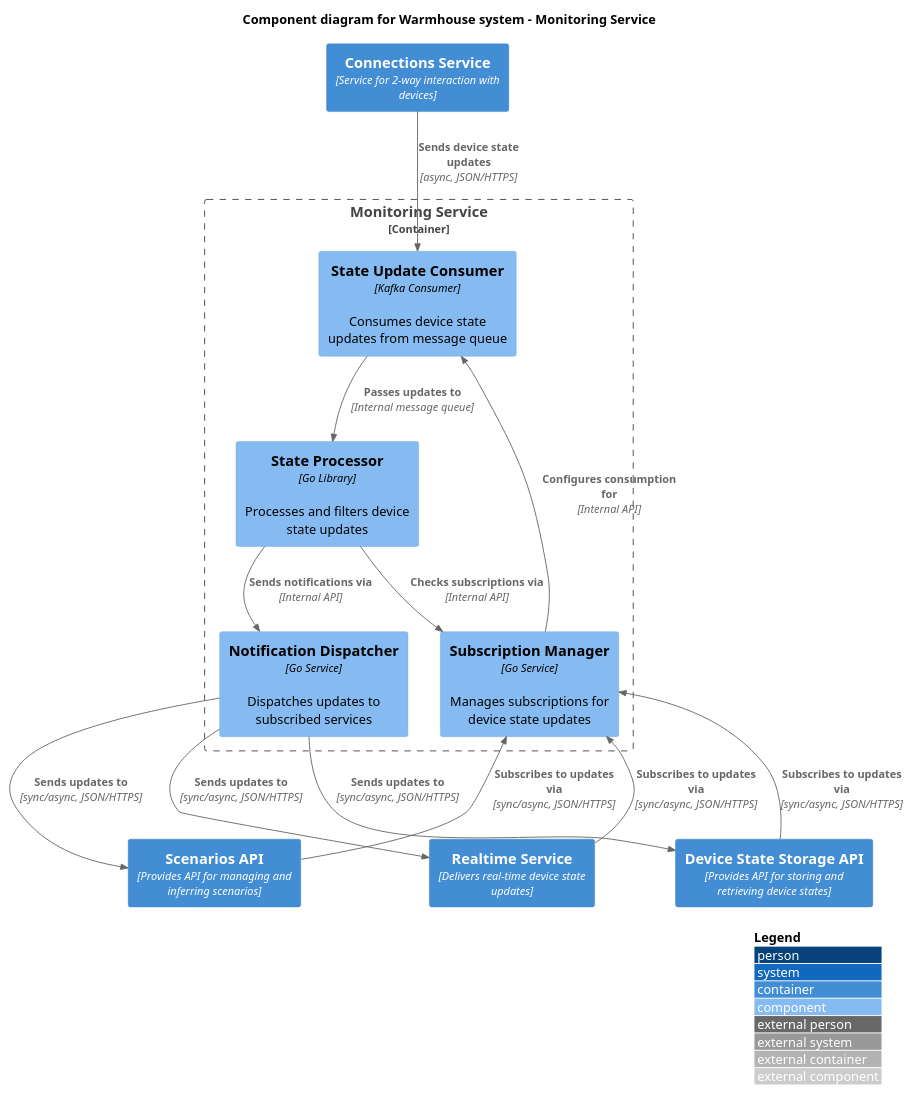
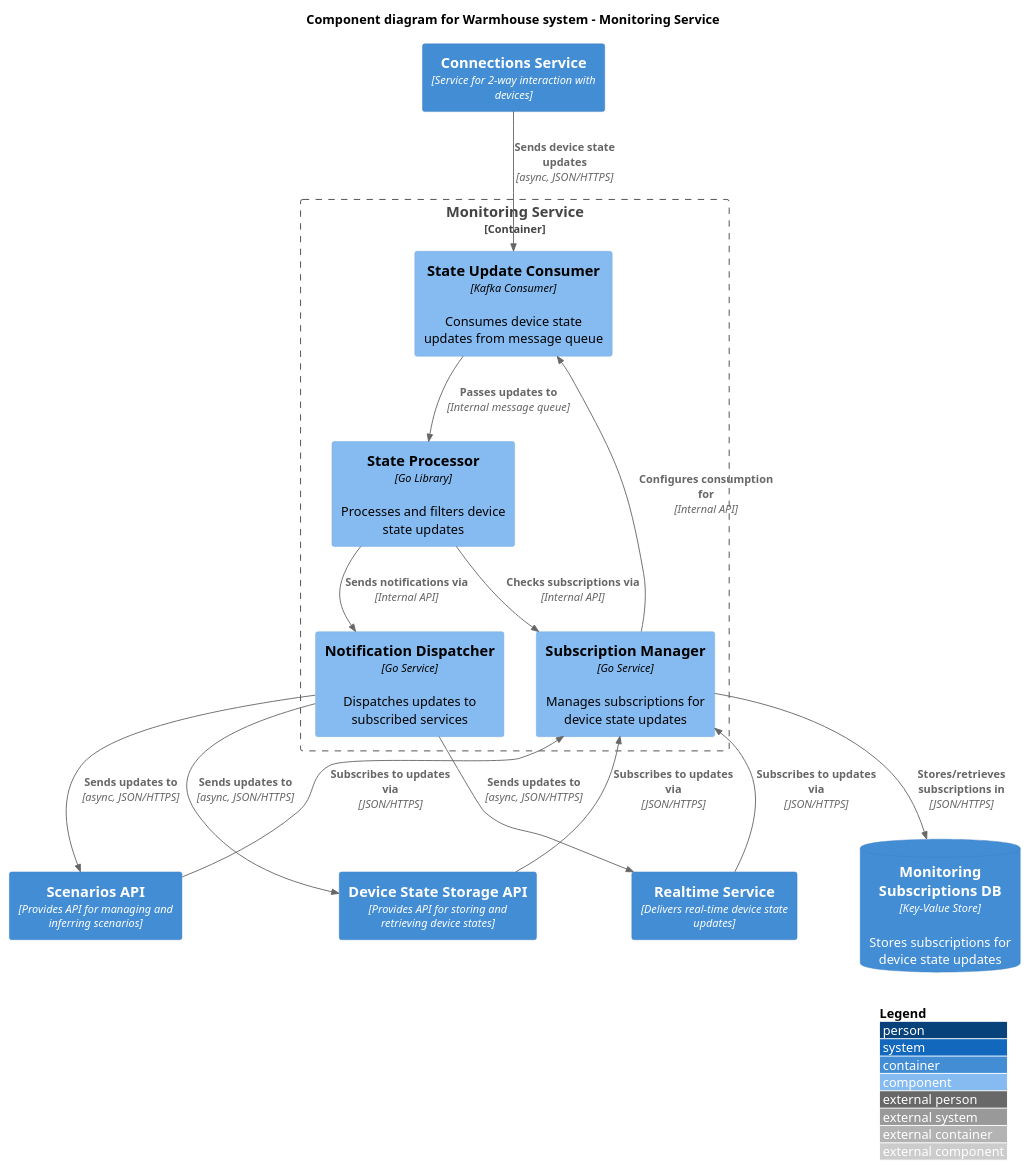
One commit to regu1yar/p1-architecture-warmhouse changed the diagram in diagrams/component/monitoring_service.puml. Above: the diagram before and after it, drawn with PlantUML. The commit also changed 7 other files, not shown here.

Commit message:
Refine component diagrams

```diff
--- a/diagrams/component/monitoring_service.puml
+++ b/diagrams/component/monitoring_service.puml
@@ -1,35 +1,37 @@
 @startuml
 ' !include https://raw.githubusercontent.com/plantuml-stdlib/C4-PlantUML/master/C4_Component.puml
 ' uncomment the following line and comment the first to use locally
 !include ./C4_Component.puml
 
 LAYOUT_WITH_LEGEND()
 
 title Component diagram for Warmhouse system - Monitoring Service
 
 Container(connections_service, "Connections Service", "Service for 2-way interaction with devices")
 Container(scenarios_api, "Scenarios API", "Provides API for managing and inferring scenarios")
 Container(device_state_storage_api, "Device State Storage API", "Provides API for storing and retrieving device states")
 Container(realtime_service, "Realtime Service", "Delivers real-time device state updates")
+ContainerDb(monitoring_subscriptions_db, "Monitoring Subscriptions DB", "Key-Value Store", "Stores subscriptions for device state updates")
 
 Container_Boundary(monitoring_service, "Monitoring Service") {
     Component(state_update_consumer, "State Update Consumer", "Kafka Consumer", "Consumes device state updates from message queue")
     Component(subscription_manager, "Subscription Manager", "Go Service", "Manages subscriptions for device state updates")
     Component(notification_dispatcher, "Notification Dispatcher", "Go Service", "Dispatches updates to subscribed services")
     Component(state_processor, "State Processor", "Go Library", "Processes and filters device state updates")
 
     Rel(state_update_consumer, state_processor, "Passes updates to", "Internal message queue")
     Rel(state_processor, subscription_manager, "Checks subscriptions via", "Internal API")
     Rel(state_processor, notification_dispatcher, "Sends notifications via", "Internal API")
-    Rel(notification_dispatcher, scenarios_api, "Sends updates to", "sync/async, JSON/HTTPS")
-    Rel(notification_dispatcher, device_state_storage_api, "Sends updates to", "sync/async, JSON/HTTPS")
-    Rel(notification_dispatcher, realtime_service, "Sends updates to", "sync/async, JSON/HTTPS")
+    Rel(notification_dispatcher, scenarios_api, "Sends updates to", "async, JSON/HTTPS")
+    Rel(notification_dispatcher, device_state_storage_api, "Sends updates to", "async, JSON/HTTPS")
+    Rel(notification_dispatcher, realtime_service, "Sends updates to", "async, JSON/HTTPS")
+    Rel(subscription_manager, monitoring_subscriptions_db, "Stores/retrieves subscriptions in", "JSON/HTTPS")
     Rel(subscription_manager, state_update_consumer, "Configures consumption for", "Internal API")
 }
 
 Rel(connections_service, state_update_consumer, "Sends device state updates", "async, JSON/HTTPS")
-Rel(scenarios_api, subscription_manager, "Subscribes to updates via", "sync/async, JSON/HTTPS")
-Rel(device_state_storage_api, subscription_manager, "Subscribes to updates via", "sync/async, JSON/HTTPS")
-Rel(realtime_service, subscription_manager, "Subscribes to updates via", "sync/async, JSON/HTTPS")
+Rel(scenarios_api, subscription_manager, "Subscribes to updates via", "JSON/HTTPS")
+Rel(device_state_storage_api, subscription_manager, "Subscribes to updates via", "JSON/HTTPS")
+Rel(realtime_service, subscription_manager, "Subscribes to updates via", "JSON/HTTPS")
 
 @enduml
```
